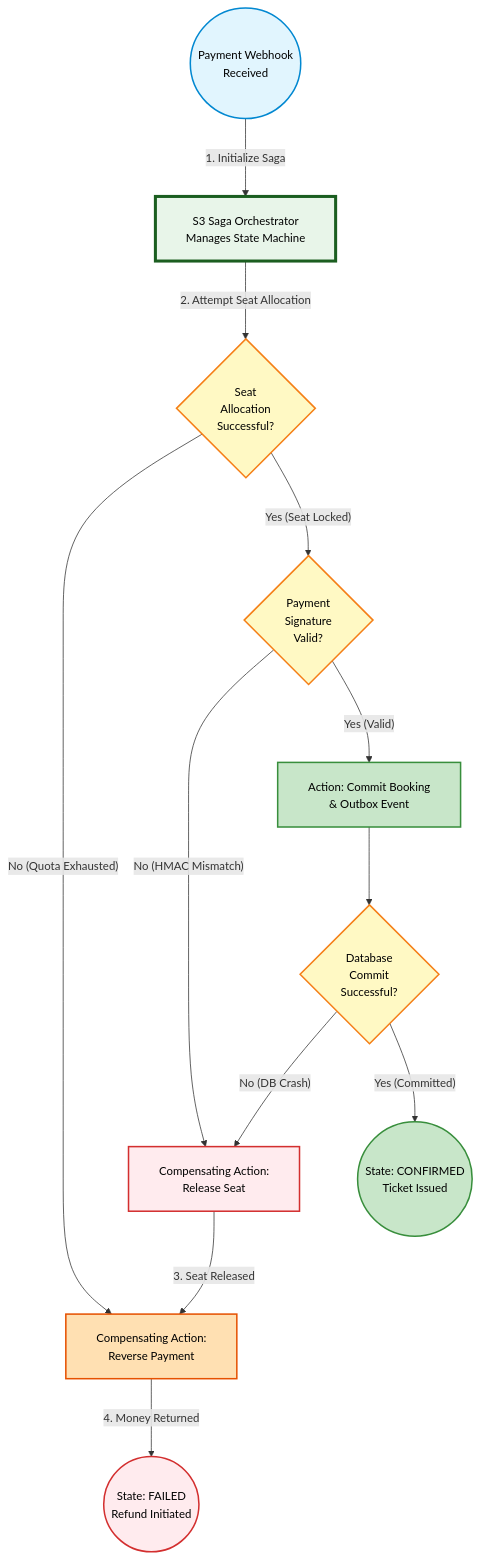
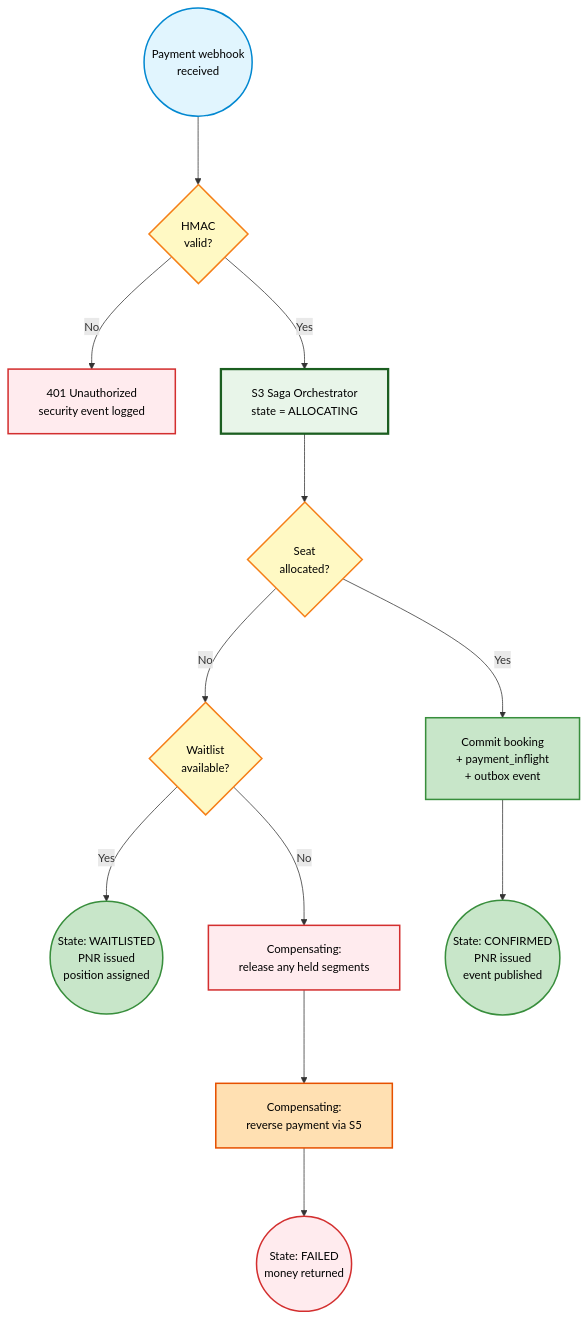
The seventh of 8 diagrams in docs/phase-1-foundation/wave-2-architecture/SRIS-P1-ARCH-009_ServiceInteractionAndCommunicationDesign.md (koushaljhacs/sris), drawn with Mermaid before and after one commit. The commit also changed other lines of this file, not shown here.

````diff
--- a/docs/phase-1-foundation/wave-2-architecture/SRIS-P1-ARCH-009_ServiceInteractionAndCommunicationDesign.md
+++ b/docs/phase-1-foundation/wave-2-architecture/SRIS-P1-ARCH-009_ServiceInteractionAndCommunicationDesign.md
@@ -587,61 +744,52 @@
 ```mermaid
 %%{init: {
   "flowchart": {
     "nodeSpacing": 60,
-    "rankSpacing": 80,
+    "rankSpacing": 90,
     "padding": 20,
     "curve": "basis",
     "htmlLabels": true
   },
   "themeVariables": {
     "fontSize": "15px",
     "fontFamily": "Segoe UI, Arial, sans-serif"
   }
 }}%%
 flowchart TD
-    %% Styling
     classDef startend fill:#E1F5FE,stroke:#0288D1,stroke-width:2px,color:#000;
-    classDef engine fill:#E8F5E9,stroke:#1B5E20,stroke-width:4px,color:#000;
+    classDef engine fill:#E8F5E9,stroke:#1B5E20,stroke-width:3px,color:#000;
     classDef decision fill:#FFF9C4,stroke:#F57F17,stroke-width:2px,color:#000;
     classDef fail fill:#FFEBEE,stroke:#D32F2F,stroke-width:2px,color:#000;
     classDef success fill:#C8E6C9,stroke:#388E3C,stroke-width:2px,color:#000;
     classDef external fill:#FFE0B2,stroke:#E65100,stroke-width:2px,color:#000;
 
-    %% Nodes
-    Start(("Payment Webhook<br/>Received")):::startend
-    EndSuccess(("State: CONFIRMED<br/>Ticket Issued")):::success
-    EndFail(("State: FAILED<br/>Refund Initiated")):::fail
+    Start(("Payment webhook<br/>received")):::startend
+    HMAC{"HMAC<br/>valid?"}:::decision
+    RejectHMAC["401 Unauthorized<br/>security event logged"]:::fail
 
-    S3Orchestrator["S3 Saga Orchestrator<br/>Manages State Machine"]:::engine
-    
-    CheckSeat{"Seat<br/>Allocation<br/>Successful?"}:::decision
-    VerifyPayment{"Payment<br/>Signature<br/>Valid?"}:::decision
-    CheckDB{"Database<br/>Commit<br/>Successful?"}:::decision
+    Saga["S3 Saga Orchestrator<br/>state = ALLOCATING"]:::engine
+    SeatOK{"Seat<br/>allocated?"}:::decision
+    WL{"Waitlist<br/>available?"}:::decision
+    Waitlisted(("State: WAITLISTED<br/>PNR issued<br/>position assigned")):::success
 
-    ReleaseSeat["Compensating Action:<br/>Release Seat"]:::fail
-    Refund["Compensating Action:<br/>Reverse Payment"]:::external
+    ReleaseSeat["Compensating:<br/>release any held segments"]:::fail
+    Refund["Compensating:<br/>reverse payment via S5"]:::external
+    RejectBooking(("State: FAILED<br/>money returned")):::fail
 
-    CommitDB["Action: Commit Booking<br/>& Outbox Event"]:::success
+    Commit["Commit booking<br/>+ payment_inflight<br/>+ outbox event"]:::success
+    Confirmed(("State: CONFIRMED<br/>PNR issued<br/>event published")):::success
 
-    %% Flow
-    Start -->|"1. Initialize Saga"| S3Orchestrator
-    
-    S3Orchestrator -->|"2. Attempt Seat Allocation"| CheckSeat
-    
-    CheckSeat -->|"No (Quota Exhausted)"| Refund
-    CheckSeat -->|"Yes (Seat Locked)"| VerifyPayment
-    
-    VerifyPayment -->|"No (HMAC Mismatch)"| ReleaseSeat
-    VerifyPayment -->|"Yes (Valid)"| CommitDB
-    
-    CommitDB --> CheckDB
-    
-    CheckDB -->|"No (DB Crash)"| ReleaseSeat
-    CheckDB -->|"Yes (Committed)"| EndSuccess
-    
-    ReleaseSeat -->|"3. Seat Released"| Refund
-    Refund -->|"4. Money Returned"| EndFail
-    
-    %% Annotations
-    style Start fill:#E1F5FE,stroke:#0288D1,stroke-width:2px,color:#000
-```
+    Start --> HMAC
+    HMAC -->|"No"| RejectHMAC
+    HMAC -->|"Yes"| Saga
+
+    Saga --> SeatOK
+    SeatOK -->|"Yes"| Commit
+    SeatOK -->|"No"| WL
+    WL -->|"Yes"| Waitlisted
+    WL -->|"No"| ReleaseSeat
+
+    ReleaseSeat --> Refund
+    Refund --> RejectBooking
+    Commit --> Confirmed
+  ```
````
